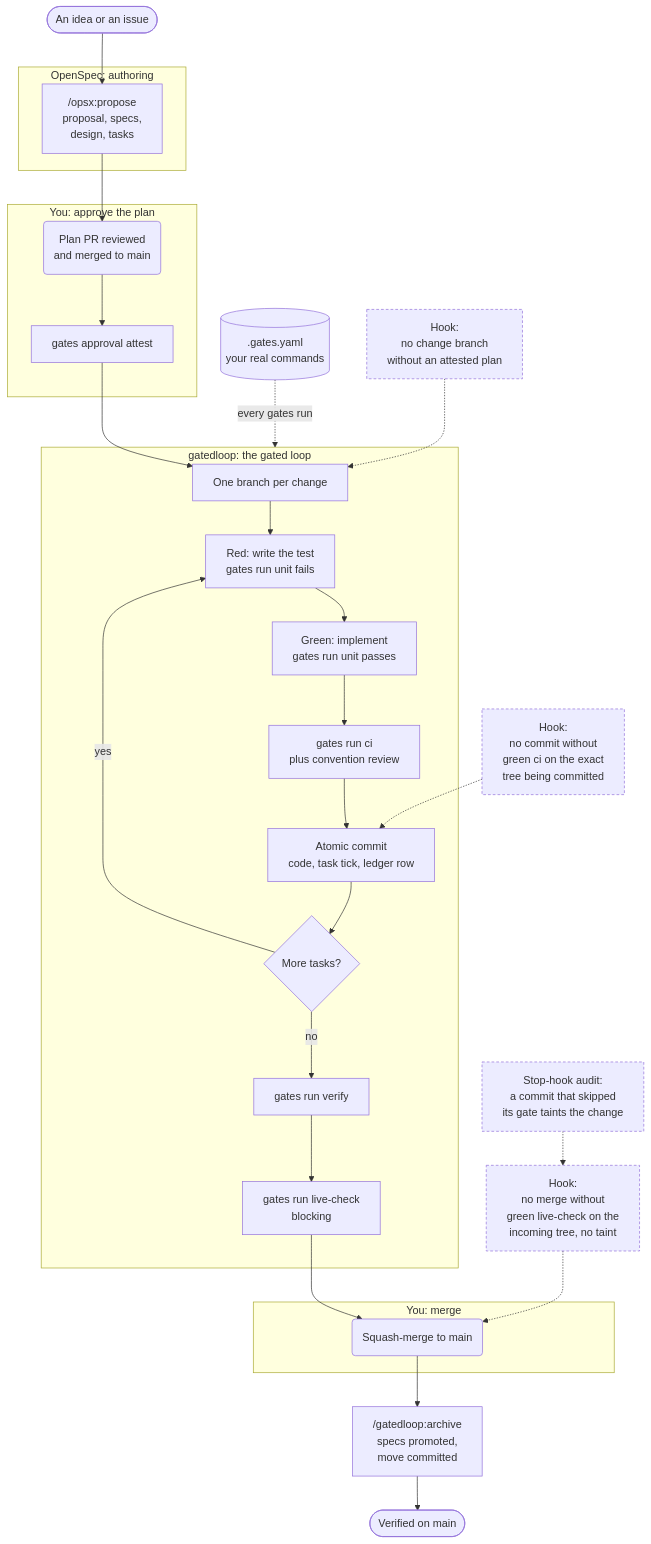
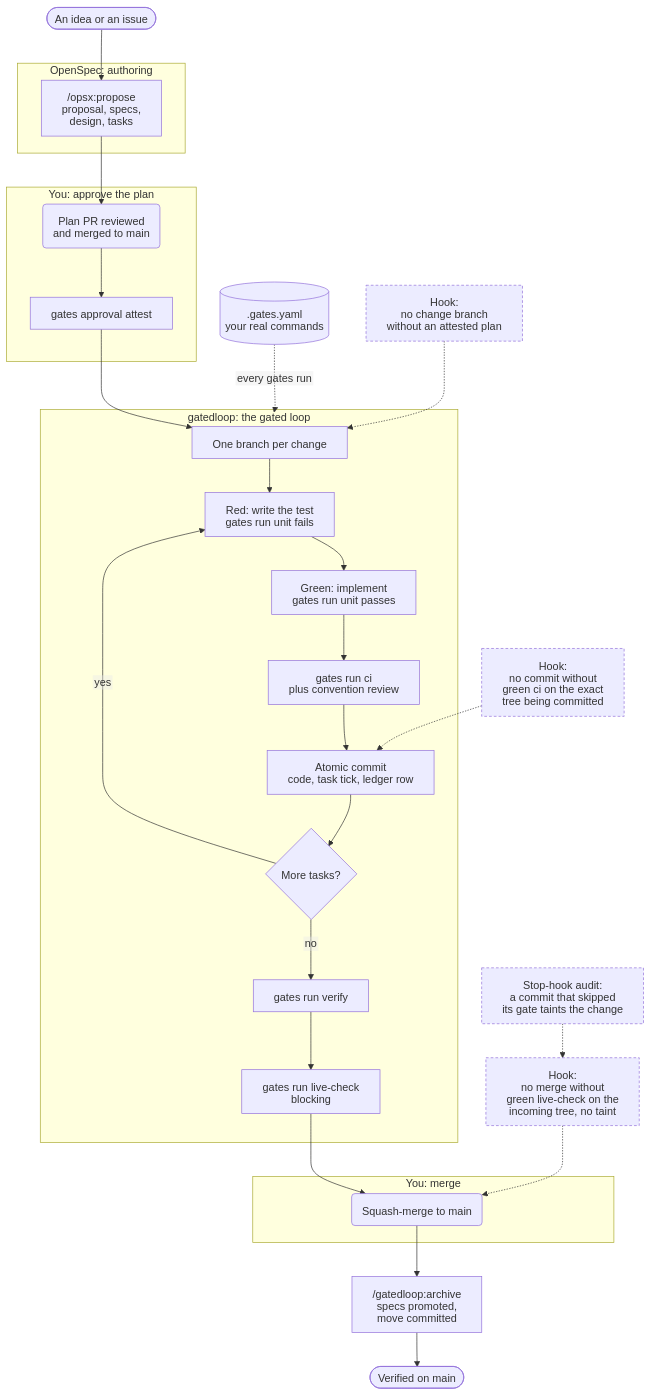
One commit to tessellate-space/gatedloop changed the diagram in README.md. Above: the diagram before and after it, drawn with Mermaid.

Commit message:
README: render the loop diagram's labels as SVG text so GitHub does not clip them

````diff
--- a/README.md
+++ b/README.md
@@ -56,51 +56,57 @@
 ```mermaid
+---
+config:
+  htmlLabels: false
+  flowchart:
+    htmlLabels: false
+---
 flowchart TD
     idea(["An idea or an issue"])
 
     subgraph OS["OpenSpec: authoring"]
         propose["/opsx:propose<br/>proposal, specs,<br/>design, tasks"]
     end
 
     subgraph YOU1["You: approve the plan"]
         planpr("Plan PR reviewed<br/>and merged to main")
         attest["gates approval attest"]
     end
 
     subgraph LOOP["gatedloop: the gated loop"]
         branch["One branch per change"]
         red["Red: write the test<br/>gates run unit fails"]
         green["Green: implement<br/>gates run unit passes"]
         gate["gates run ci<br/>plus convention review"]
         commit["Atomic commit<br/>code, task tick, ledger row"]
         more{"More tasks?"}
         verify["gates run verify"]
         live["gates run live-check<br/>blocking"]
     end
 
     subgraph YOU2["You: merge"]
         merge("Squash-merge to main")
     end
 
     archive["/gatedloop:archive<br/>specs promoted,<br/>move committed"]
     done(["Verified on main"])
 
     idea --> propose --> planpr --> attest --> branch
     branch --> red --> green --> gate --> commit --> more
     more -- yes --> red
     more -- no --> verify --> live --> merge --> archive --> done
 
     cfg[(".gates.yaml<br/>your real commands")]
     cfg -. every gates run .-> LOOP
 
     h1["Hook:<br/>no change branch<br/>without an attested plan"]
     h2["Hook:<br/>no commit without<br/>green ci on the exact<br/>tree being committed"]
     h3["Hook:<br/>no merge without<br/>green live-check on the<br/>incoming tree, no taint"]
     audit["Stop-hook audit:<br/>a commit that skipped<br/>its gate taints the change"]
     h1 -.-> branch
     h2 -.-> commit
     h3 -.-> merge
     audit -.-> h3
 
     classDef hook stroke-dasharray: 4 3
     class h1,h2,h3,audit hook
 ```
````
